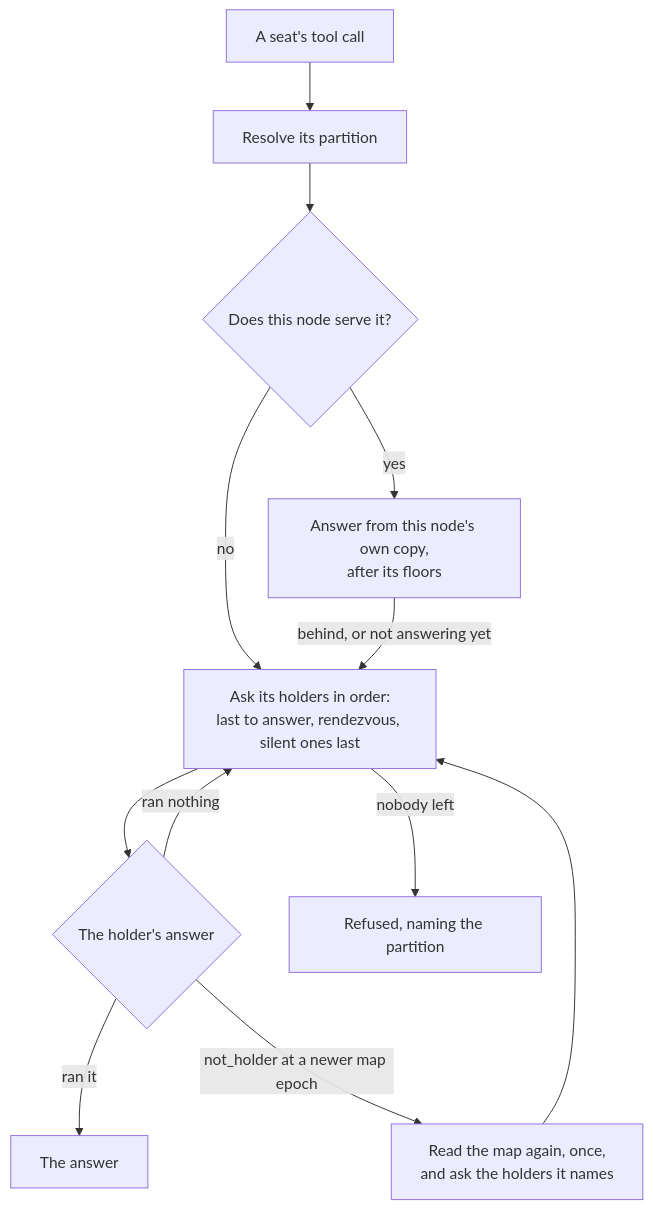
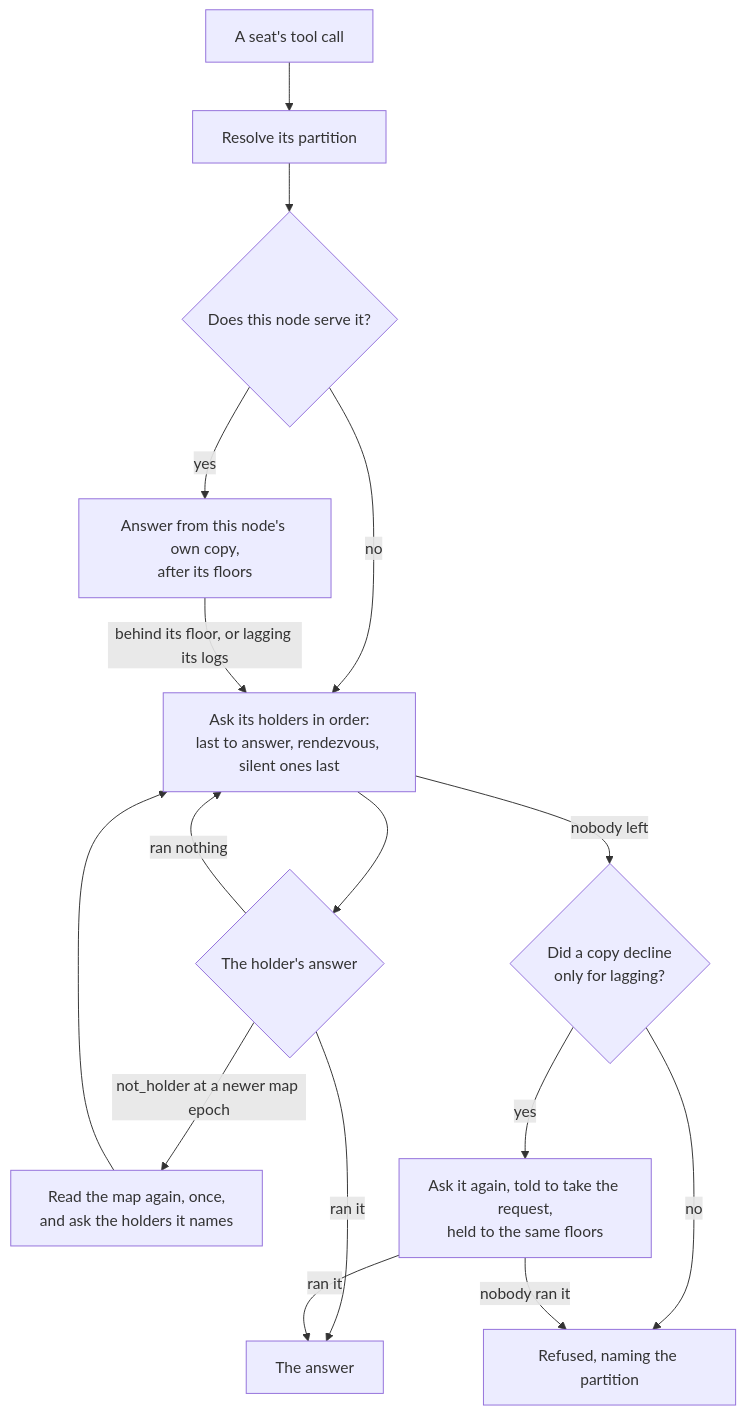
Before and after one commit to crewlet/crewlet: the second of 2 diagrams in docs/concepts/estate-placement.md, drawn with Mermaid. The commit also changed other lines of this file and 9 other files, not shown here.

````diff
--- a/docs/concepts/estate-placement.md
+++ b/docs/concepts/estate-placement.md
@@ -73,14 +73,18 @@
 ```mermaid
 flowchart TD
     op[A seat's tool call] --> part[Resolve its partition]
     part --> local{Does this node serve it?}
     local -- yes --> own[Answer from this node's own copy,<br/>after its floors]
     local -- no --> order[Ask its holders in order:<br/>last to answer, rendezvous, silent ones last]
-    own -- behind, or not answering yet --> order
+    own -- behind its floor, or lagging its logs --> order
     order --> reply{The holder's answer}
     reply -- ran it --> done[The answer]
     reply -- not_holder at a newer map epoch --> refresh[Read the map again, once,<br/>and ask the holders it names]
     reply -- ran nothing --> order
     refresh --> order
-    order -- nobody left --> unserved[Refused, naming the partition]
+    order -- nobody left --> lagging{Did a copy decline<br/>only for lagging?}
+    lagging -- yes --> last[Ask it again, told to take the request,<br/>held to the same floors]
+    last -- ran it --> done
+    lagging -- no --> unserved[Refused, naming the partition]
+    last -- nobody ran it --> unserved
 ```
````
